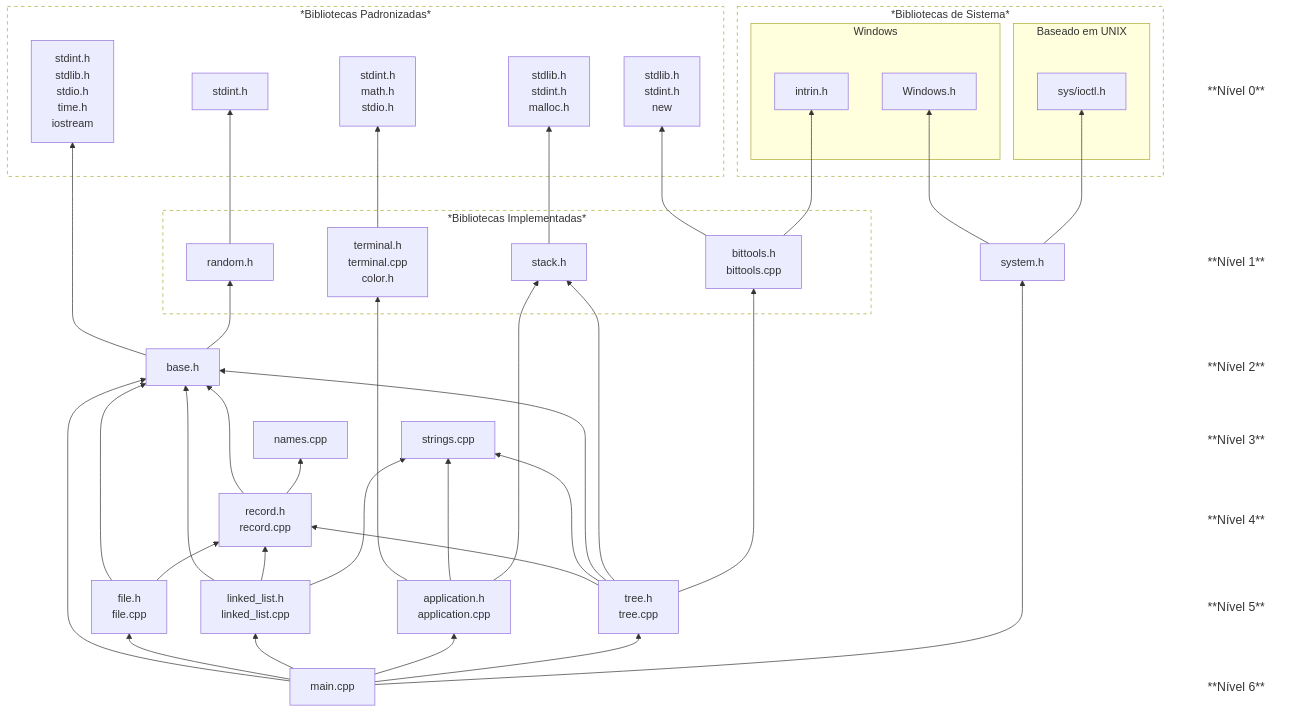
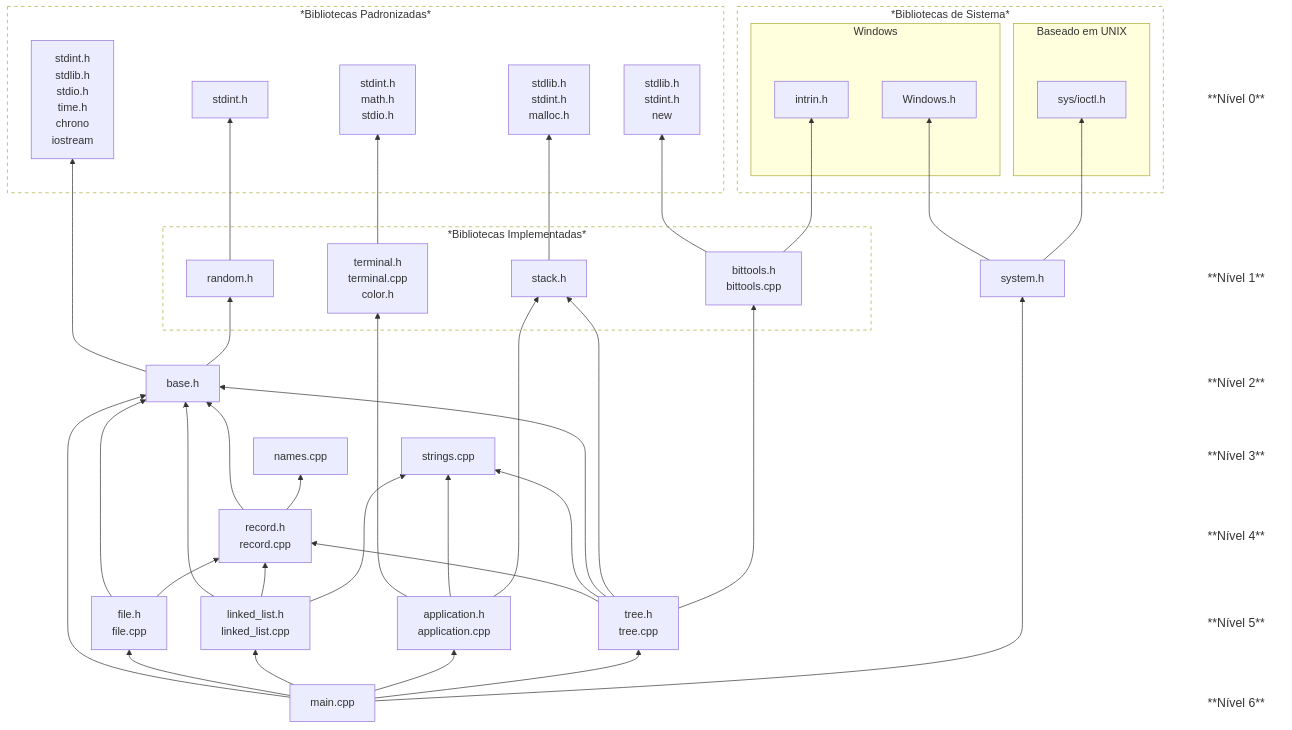
One commit to alan-b-lima/Binary_Tree changed the diagram in README.md. Above: the diagram before and after it, drawn with Mermaid. The commit also changed other lines of this file and 5 other files, not shown here.

```diff
--- a/README.md
+++ b/README.md
@@ -78,7 +179,7 @@
    end
    
    subgraph stdlibs[*Bibliotecas Padronizadas*]
-      base_incl[stdint.h <br> stdlib.h <br> stdio.h <br> time.h <br> iostream]
+      base_incl[stdint.h <br> stdlib.h <br> stdio.h <br> time.h <br> chrono <br> iostream]
       random_incl[stdint.h]
       terminal_incl[stdint.h <br> math.h <br> stdio.h]
       stack_incl[stdlib.h <br> stdint.h <br> malloc.h]
```
